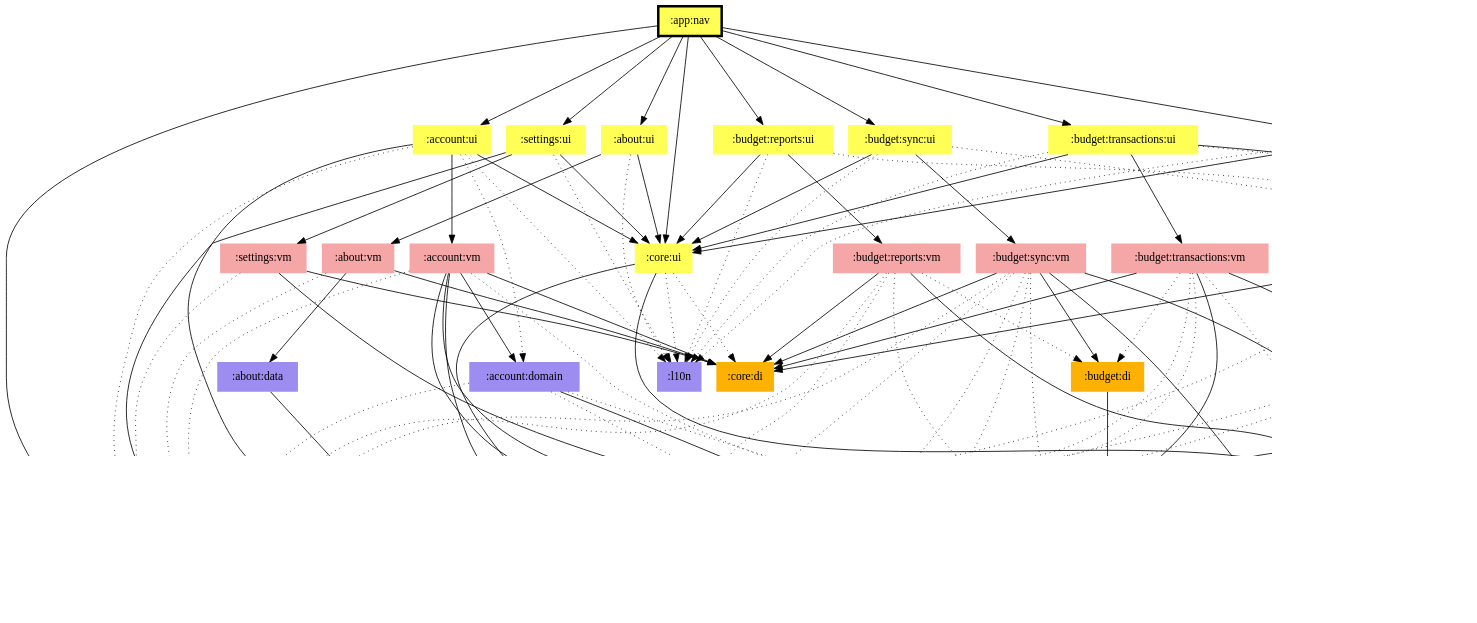
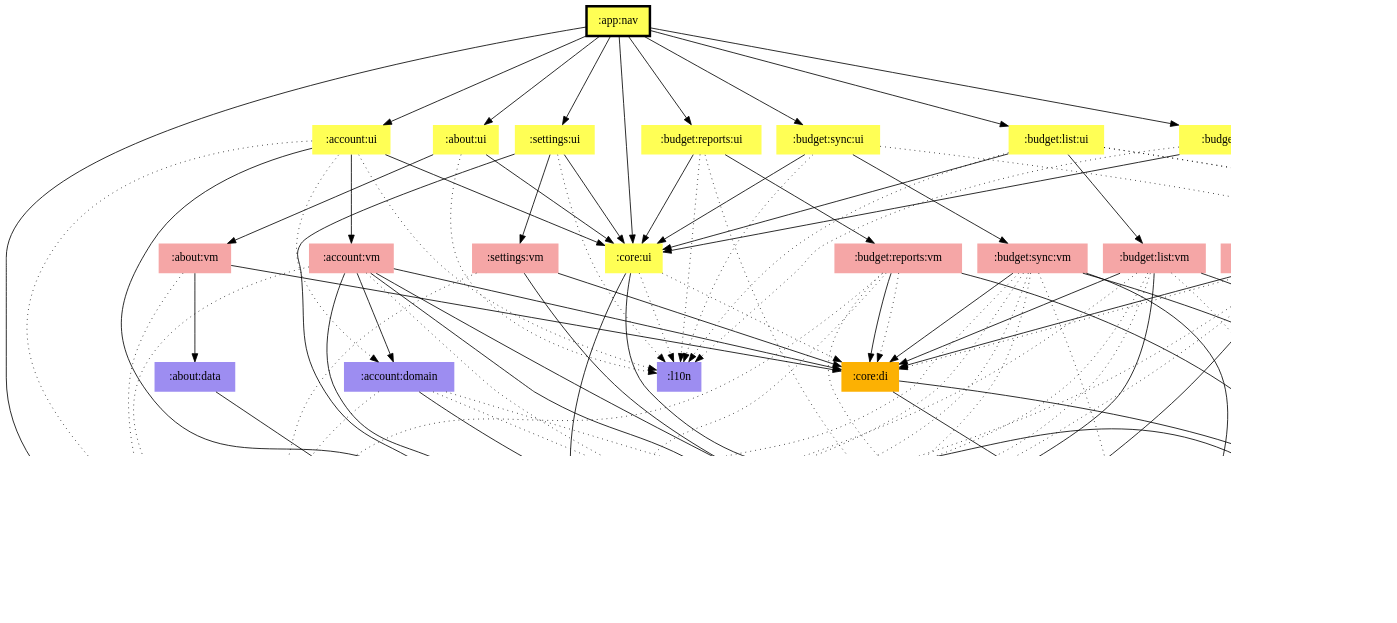
The diagram in app/nav/modules.dot (jonapoul/aktual), drawn with Graphviz before and after one commit. The commit also changed 101 other files, not shown here.

Commit message:
budget:di -> core:di

```diff
--- a/app/nav/modules.dot
+++ b/app/nav/modules.dot
@@ -1,142 +1,141 @@
 digraph {
 edge ["dir"="forward"]
 graph ["dpi"="100","fontsize"="30","ranksep"="1.5","rankdir"="TB"]
 node ["style"="filled"]
 ":about:data" ["fillcolor"="#9D8DF1","shape"="none"]
 ":about:ui" ["fillcolor"="#FFFF55","shape"="none"]
 ":about:vm" ["fillcolor"="#F5A6A6","shape"="none"]
 ":account:domain" ["fillcolor"="#9D8DF1","shape"="none"]
 ":account:model" ["fillcolor"="#9D8DF1","shape"="none"]
 ":account:ui" ["fillcolor"="#FFFF55","shape"="none"]
 ":account:vm" ["fillcolor"="#F5A6A6","shape"="none"]
 ":api:actual" ["fillcolor"="#9D8DF1","shape"="none"]
 ":api:github" ["fillcolor"="#9D8DF1","shape"="none"]
 ":app:nav" ["fillcolor"="#FFFF55","color"="black","penwidth"="3","shape"="box"]
 ":budget:data" ["fillcolor"="#9D8DF1","shape"="none"]
-":budget:di" ["fillcolor"="#FCB103","shape"="none"]
 ":budget:encryption" ["fillcolor"="#9D8DF1","shape"="none"]
 ":budget:list:ui" ["fillcolor"="#FFFF55","shape"="none"]
 ":budget:list:vm" ["fillcolor"="#F5A6A6","shape"="none"]
 ":budget:model" ["fillcolor"="#9D8DF1","shape"="none"]
 ":budget:reports:ui" ["fillcolor"="#FFFF55","shape"="none"]
 ":budget:reports:vm" ["fillcolor"="#F5A6A6","shape"="none"]
 ":budget:sync:ui" ["fillcolor"="#FFFF55","shape"="none"]
 ":budget:sync:vm" ["fillcolor"="#F5A6A6","shape"="none"]
 ":budget:transactions:ui" ["fillcolor"="#FFFF55","shape"="none"]
 ":budget:transactions:vm" ["fillcolor"="#F5A6A6","shape"="none"]
 ":codegen:annotation" ["fillcolor"="#9D8DF1","shape"="none"]
 ":core:di" ["fillcolor"="#FCB103","shape"="none"]
 ":core:model" ["fillcolor"="#9D8DF1","shape"="none"]
 ":core:ui" ["fillcolor"="#FFFF55","shape"="none"]
 ":l10n" ["fillcolor"="#9D8DF1","shape"="none"]
 ":logging" ["fillcolor"="#9D8DF1","shape"="none"]
 ":prefs" ["fillcolor"="#9D8DF1","shape"="none"]
 ":settings:ui" ["fillcolor"="#FFFF55","shape"="none"]
 ":settings:vm" ["fillcolor"="#F5A6A6","shape"="none"]
 ":about:data" -> ":api:github"
 ":about:ui" -> ":about:vm"
 ":about:ui" -> ":core:ui"
 ":about:ui" -> ":l10n" ["style"="dotted"]
 ":about:vm" -> ":about:data"
 ":about:vm" -> ":core:di"
 ":about:vm" -> ":logging" ["style"="dotted"]
 ":account:domain" -> ":account:model"
 ":account:domain" -> ":api:actual" ["style"="dotted"]
 ":account:domain" -> ":logging" ["style"="dotted"]
 ":account:domain" -> ":prefs" ["style"="dotted"]
 ":account:ui" -> ":account:domain" ["style"="dotted"]
 ":account:ui" -> ":account:vm"
 ":account:ui" -> ":core:model"
 ":account:ui" -> ":core:ui"
 ":account:ui" -> ":l10n" ["style"="dotted"]
 ":account:ui" -> ":logging" ["style"="dotted"]
 ":account:vm" -> ":account:domain"
 ":account:vm" -> ":account:model"
 ":account:vm" -> ":api:actual" ["style"="dotted"]
 ":account:vm" -> ":core:di"
 ":account:vm" -> ":core:model"
 ":account:vm" -> ":logging" ["style"="dotted"]
 ":account:vm" -> ":prefs"
 ":api:actual" -> ":account:model"
 ":api:actual" -> ":budget:model"
 ":api:actual" -> ":codegen:annotation" ["style"="dotted"]
 ":api:actual" -> ":core:model"
 ":api:github" -> ":codegen:annotation" ["style"="dotted"]
 ":api:github" -> ":core:model"
 ":app:nav" -> ":about:ui"
 ":app:nav" -> ":account:ui"
 ":app:nav" -> ":budget:list:ui"
 ":app:nav" -> ":budget:reports:ui"
 ":app:nav" -> ":budget:sync:ui"
 ":app:nav" -> ":budget:transactions:ui"
 ":app:nav" -> ":core:ui"
 ":app:nav" -> ":logging"
 ":app:nav" -> ":settings:ui"
 ":budget:data" -> ":budget:model"
 ":budget:data" -> ":core:model"
 ":budget:data" -> ":logging" ["style"="dotted"]
-":budget:di" -> ":budget:data"
 ":budget:encryption" -> ":account:model"
 ":budget:encryption" -> ":budget:model"
 ":budget:encryption" -> ":core:model"
 ":budget:list:ui" -> ":account:model" ["style"="dotted"]
 ":budget:list:ui" -> ":budget:list:vm"
 ":budget:list:ui" -> ":budget:model" ["style"="dotted"]
 ":budget:list:ui" -> ":core:ui"
 ":budget:list:ui" -> ":l10n" ["style"="dotted"]
 ":budget:list:vm" -> ":account:model" ["style"="dotted"]
 ":budget:list:vm" -> ":api:actual" ["style"="dotted"]
 ":budget:list:vm" -> ":budget:model"
 ":budget:list:vm" -> ":core:di"
 ":budget:list:vm" -> ":core:model"
 ":budget:list:vm" -> ":logging" ["style"="dotted"]
 ":budget:list:vm" -> ":prefs" ["style"="dotted"]
 ":budget:reports:ui" -> ":account:model" ["style"="dotted"]
 ":budget:reports:ui" -> ":budget:reports:vm"
 ":budget:reports:ui" -> ":core:ui"
 ":budget:reports:ui" -> ":l10n" ["style"="dotted"]
 ":budget:reports:vm" -> ":account:model" ["style"="dotted"]
-":budget:reports:vm" -> ":budget:di" ["style"="dotted"]
 ":budget:reports:vm" -> ":budget:model"
 ":budget:reports:vm" -> ":core:di"
+":budget:reports:vm" -> ":core:di" ["style"="dotted"]
 ":budget:reports:vm" -> ":core:model" ["style"="dotted"]
 ":budget:reports:vm" -> ":logging" ["style"="dotted"]
 ":budget:sync:ui" -> ":account:model" ["style"="dotted"]
 ":budget:sync:ui" -> ":budget:sync:vm"
 ":budget:sync:ui" -> ":core:ui"
 ":budget:sync:ui" -> ":l10n" ["style"="dotted"]
 ":budget:sync:vm" -> ":account:model" ["style"="dotted"]
 ":budget:sync:vm" -> ":api:actual" ["style"="dotted"]
-":budget:sync:vm" -> ":budget:di"
 ":budget:sync:vm" -> ":budget:encryption"
 ":budget:sync:vm" -> ":budget:model"
 ":budget:sync:vm" -> ":core:di"
 ":budget:sync:vm" -> ":core:model" ["style"="dotted"]
 ":budget:sync:vm" -> ":logging" ["style"="dotted"]
 ":budget:sync:vm" -> ":prefs" ["style"="dotted"]
 ":budget:transactions:ui" -> ":account:model" ["style"="dotted"]
 ":budget:transactions:ui" -> ":budget:model"
 ":budget:transactions:ui" -> ":budget:transactions:vm"
 ":budget:transactions:ui" -> ":core:ui"
 ":budget:transactions:ui" -> ":l10n" ["style"="dotted"]
 ":budget:transactions:vm" -> ":account:model" ["style"="dotted"]
 ":budget:transactions:vm" -> ":budget:data"
-":budget:transactions:vm" -> ":budget:di" ["style"="dotted"]
 ":budget:transactions:vm" -> ":budget:model"
 ":budget:transactions:vm" -> ":core:di"
+":budget:transactions:vm" -> ":core:di" ["style"="dotted"]
 ":budget:transactions:vm" -> ":logging" ["style"="dotted"]
 ":budget:transactions:vm" -> ":prefs" ["style"="dotted"]
+":core:di" -> ":budget:data"
+":core:di" -> ":budget:model"
 ":core:ui" -> ":budget:model"
 ":core:ui" -> ":core:di" ["style"="dotted"]
 ":core:ui" -> ":core:model"
 ":core:ui" -> ":l10n" ["style"="dotted"]
 ":prefs" -> ":account:model"
 ":prefs" -> ":core:model"
 ":settings:ui" -> ":core:model"
 ":settings:ui" -> ":core:ui"
 ":settings:ui" -> ":l10n" ["style"="dotted"]
 ":settings:ui" -> ":settings:vm"
 ":settings:vm" -> ":core:di"
 ":settings:vm" -> ":logging" ["style"="dotted"]
 ":settings:vm" -> ":prefs"
 }
```
